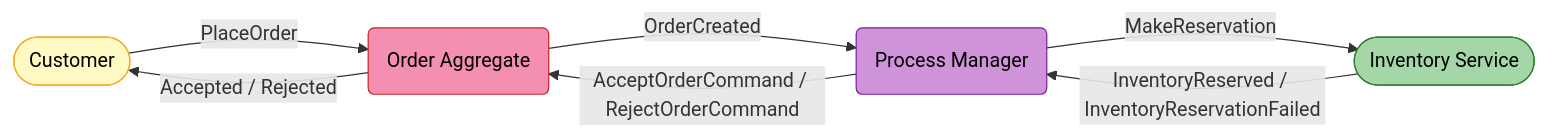
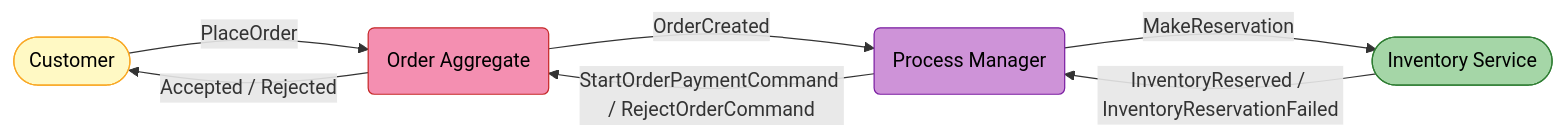
One commit to mnnam1302/EShop changed the first of 12 diagrams in Order/src/EShop.Order.API/README.md. Above: the diagram before and after it, drawn with Mermaid. The commit also changed other lines of this file and 3 other files, not shown here.

````diff
--- a/Order/src/EShop.Order.API/README.md
+++ b/Order/src/EShop.Order.API/README.md
@@ -13,19 +13,19 @@
 ```mermaid
 graph LR
     classDef actor   fill:#fff9c4,color:#000,stroke:#f9a825
     classDef agg     fill:#f48fb1,color:#000,stroke:#c62828
     classDef pm      fill:#ce93d8,color:#000,stroke:#7b1fa2
     classDef inv     fill:#a5d6a7,color:#000,stroke:#2e7d32
 
     C([Customer]):::actor
     OA(Order Aggregate):::agg
     PM(Process Manager):::pm
     INV([Inventory Service]):::inv
 
     C -->|"PlaceOrder"| OA
     OA -->|"OrderCreated"| PM
     PM -->|"MakeReservation"| INV
     INV -->|"InventoryReserved / InventoryReservationFailed"| PM
-    PM -->|"AcceptOrderCommand / RejectOrderCommand"| OA
+    PM -->|"StartOrderPaymentCommand / RejectOrderCommand"| OA
     OA -->|"Accepted / Rejected"| C
 ```
````
